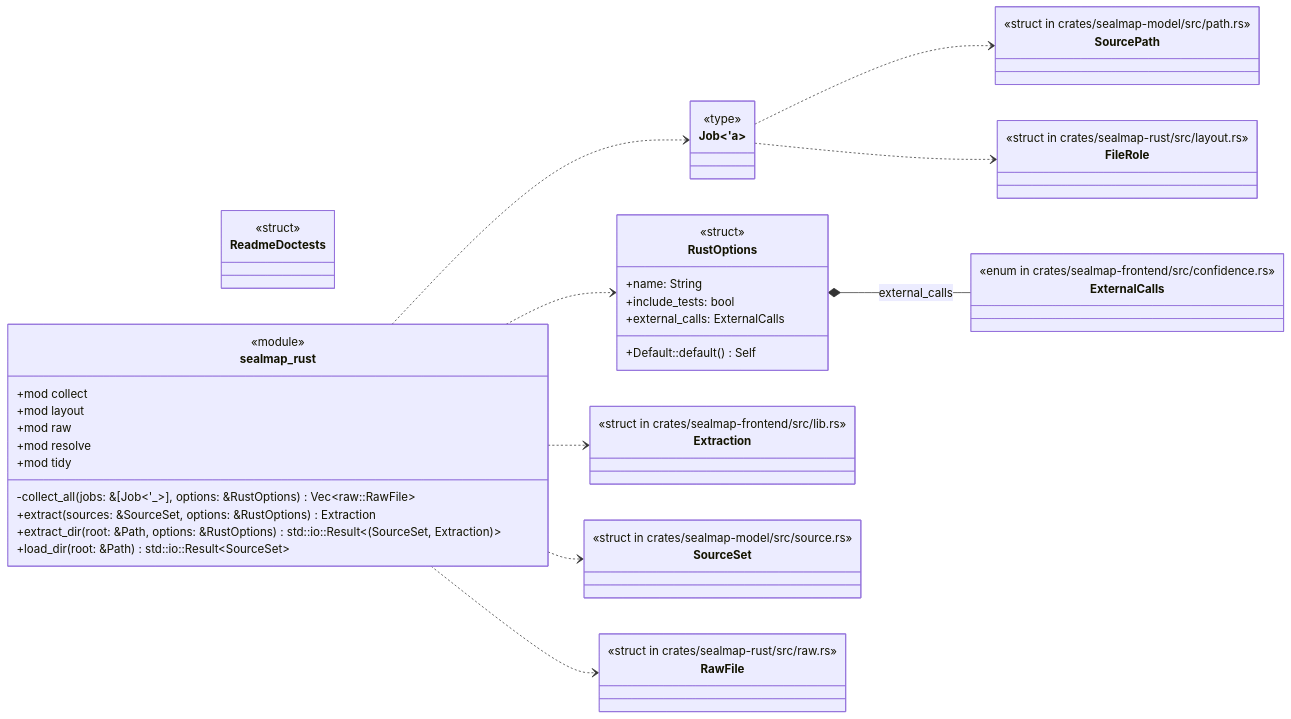
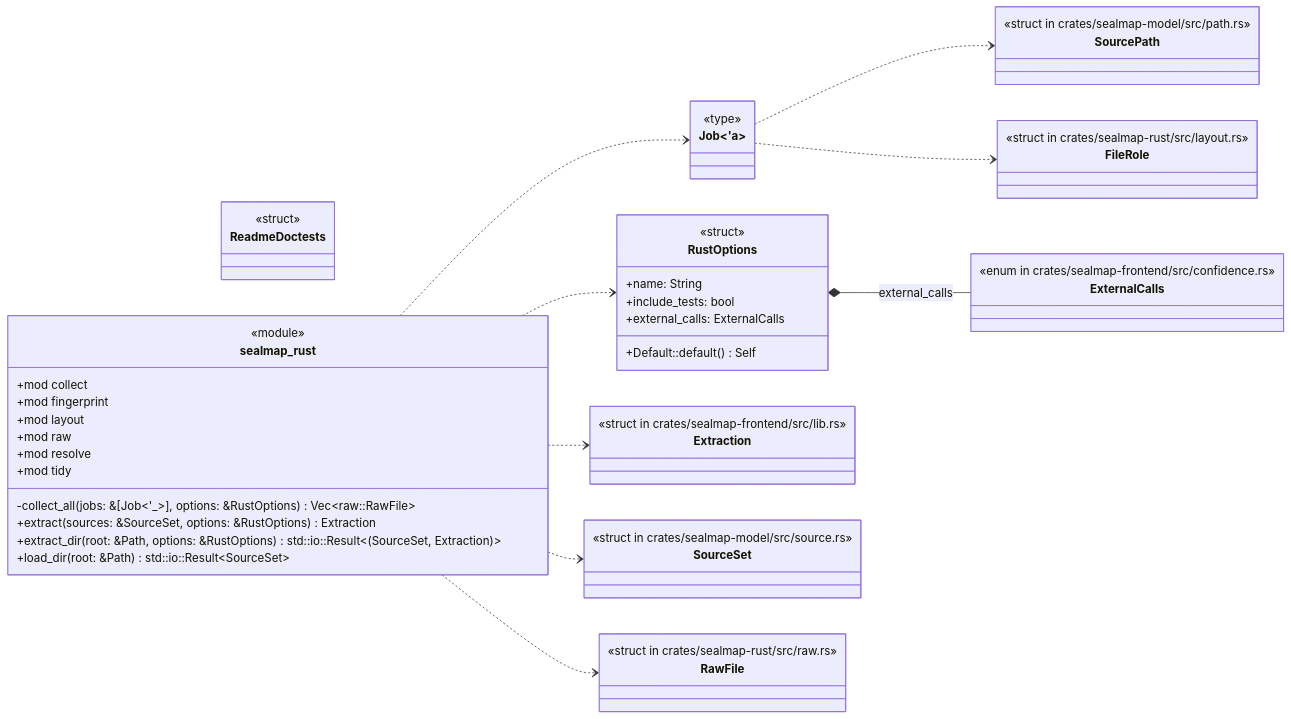
Before and after one commit to DreamLab-AI/codemaid: the first of 5 diagrams in docs/sealmap/crates/sealmap-rust/src/lib.rs.md, drawn with Mermaid. The commit also changed other lines of this file and 45 other files, not shown here.

First line of the commit message:
docs: regenerate the self-corpus for sym: ids and schema v2

````diff
--- a/docs/sealmap/crates/sealmap-rust/src/lib.rs.md
+++ b/docs/sealmap/crates/sealmap-rust/src/lib.rs.md
@@ -14,55 +14,56 @@
 ```mermaid
 classDiagram
   direction LR
-  class sealmap_rust__Job["Job#lt;'a#gt;"] {
+  class sealmap_rust___tJob["Job#lt;'a#gt;"] {
     <<type>>
   }
-  class sealmap_rust__ReadmeDoctests["ReadmeDoctests"] {
+  class sealmap_rust___tReadmeDoctests["ReadmeDoctests"] {
     <<struct>>
   }
-  class sealmap_rust__RustOptions["RustOptions"] {
+  class sealmap_rust___tRustOptions["RustOptions"] {
     <<struct>>
     +name: String
     +include_tests: bool
     +external_calls: ExternalCalls
     +Default::default() Self
   }
   class sealmap_rust {
     <<module>>
     +mod collect
     -collect_all(jobs: &[Job#lt;'_#gt;], options: &RustOptions) Vec#lt;raw::RawFile#gt;
     +extract(sources: &SourceSet, options: &RustOptions) Extraction
     +extract_dir(root: &Path, options: &RustOptions) std::io::Result#lt;#40;SourceSet, Extraction#41;#gt;
+    +mod fingerprint
     +mod layout
     +load_dir(root: &Path) std::io::Result#lt;SourceSet#gt;
     +mod raw
     +mod resolve
     +mod tidy
   }
-  class sealmap_frontend__Extraction["Extraction"] {
+  class sealmap_frontend___tExtraction["Extraction"] {
     <<struct in crates/sealmap-frontend/src/lib.rs>>
   }
-  class sealmap_model__source__SourceSet["SourceSet"] {
+  class sealmap_model__source___tSourceSet["SourceSet"] {
     <<struct in crates/sealmap-model/src/source.rs>>
   }
-  class sealmap_rust__raw__RawFile["RawFile"] {
+  class sealmap_rust__raw___tRawFile["RawFile"] {
     <<struct in crates/sealmap-rust/src/raw.rs>>
   }
-  class sealmap_model__path__SourcePath["SourcePath"] {
+  class sealmap_model__path___tSourcePath["SourcePath"] {
     <<struct in crates/sealmap-model/src/path.rs>>
   }
-  class sealmap_rust__layout__FileRole["FileRole"] {
+  class sealmap_rust__layout___tFileRole["FileRole"] {
     <<struct in crates/sealmap-rust/src/layout.rs>>
   }
-  class sealmap_frontend__confidence__ExternalCalls["ExternalCalls"] {
+  class sealmap_frontend__confidence___tExternalCalls["ExternalCalls"] {
     <<enum in crates/sealmap-frontend/src/confidence.rs>>
   }
-  sealmap_rust ..> sealmap_frontend__Extraction
-  sealmap_rust ..> sealmap_model__source__SourceSet
-  sealmap_rust ..> sealmap_rust__Job
-  sealmap_rust ..> sealmap_rust__RustOptions
-  sealmap_rust ..> sealmap_rust__raw__RawFile
-  sealmap_rust__Job ..> sealmap_model__path__SourcePath
-  sealmap_rust__Job ..> sealmap_rust__layout__FileRole
-  sealmap_rust__RustOptions *-- sealmap_frontend__confidence__ExternalCalls : external_calls
+  sealmap_rust ..> sealmap_frontend___tExtraction
+  sealmap_rust ..> sealmap_model__source___tSourceSet
+  sealmap_rust ..> sealmap_rust___tJob
+  sealmap_rust ..> sealmap_rust___tRustOptions
+  sealmap_rust ..> sealmap_rust__raw___tRawFile
+  sealmap_rust___tJob ..> sealmap_model__path___tSourcePath
+  sealmap_rust___tJob ..> sealmap_rust__layout___tFileRole
+  sealmap_rust___tRustOptions *-- sealmap_frontend__confidence___tExternalCalls : external_calls
 ```
````
